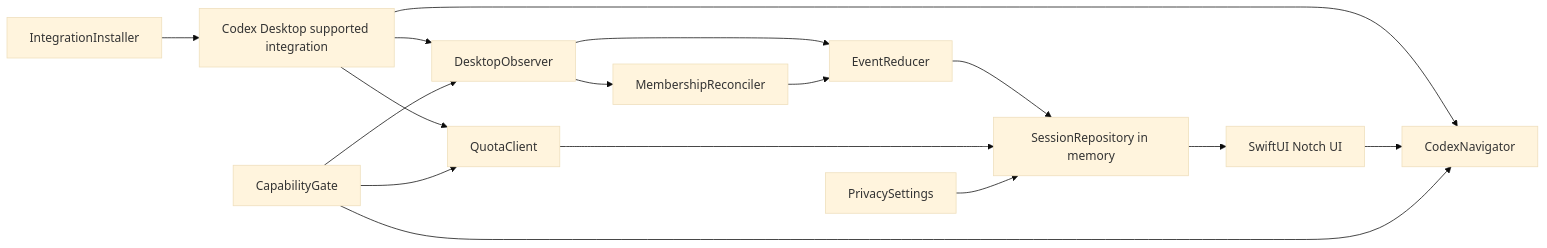
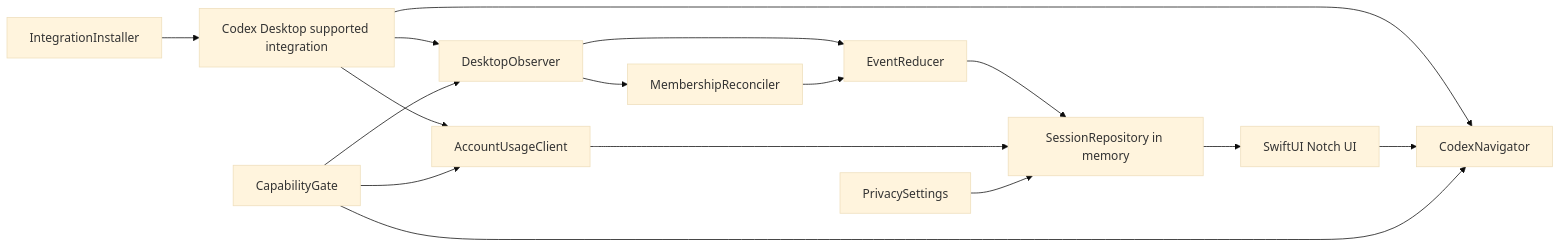
One commit to soondubu137/notchline changed the diagram in docs/tech-design.md. Above: the diagram before and after it, drawn with Mermaid (base theme). The commit also changed other lines of this file and 17 other files, not shown here.

````diff
--- a/docs/tech-design.md
+++ b/docs/tech-design.md
@@ -211,18 +217,18 @@
 ```mermaid
 flowchart LR
   D["Codex Desktop supported integration"] --> O["DesktopObserver"]
-  D --> Q["QuotaClient"]
+  D --> Q["AccountUsageClient"]
   D --> N["CodexNavigator"]
   O --> R["EventReducer"]
   O --> C["MembershipReconciler"]
   C --> R
   R --> S["SessionRepository in memory"]
   Q --> S
   P["PrivacySettings"] --> S
   S --> V["SwiftUI Notch UI"]
   V --> N
   I["IntegrationInstaller"] --> D
   K["CapabilityGate"] --> O
   K --> Q
   K --> N
 ```
````
